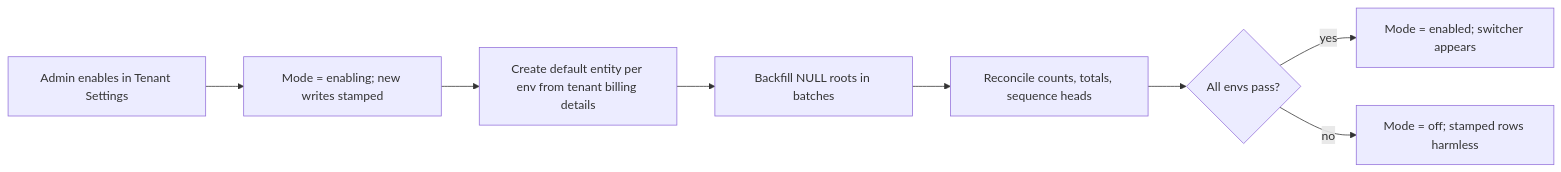
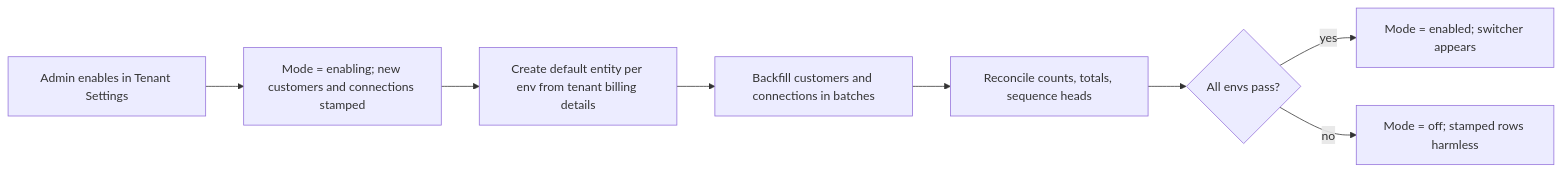
One commit to flexprice/flexprice changed the sixth of 6 diagrams in docs/design/2026-10-21-multi-entity-billing-erd.md. Above: the diagram before and after it, drawn with Mermaid. The commit also changed other lines of this file, not shown here.

First line of the commit message:
docs(billing-entities): store entity on customers and connections only

````diff
--- a/docs/design/2026-10-21-multi-entity-billing-erd.md
+++ b/docs/design/2026-10-21-multi-entity-billing-erd.md
@@ -411,10 +425,10 @@
 ```mermaid
 flowchart LR
-  A[Admin enables in Tenant Settings] --> B[Mode = enabling; new writes stamped]
+  A[Admin enables in Tenant Settings] --> B[Mode = enabling; new customers and connections stamped]
   B --> C[Create default entity per env from tenant billing details]
-  C --> D[Backfill NULL roots in batches]
+  C --> D[Backfill customers and connections in batches]
   D --> E[Reconcile counts, totals, sequence heads]
   E --> F{All envs pass?}
   F -- yes --> G[Mode = enabled; switcher appears]
   F -- no --> H[Mode = off; stamped rows harmless]
 ```
````
